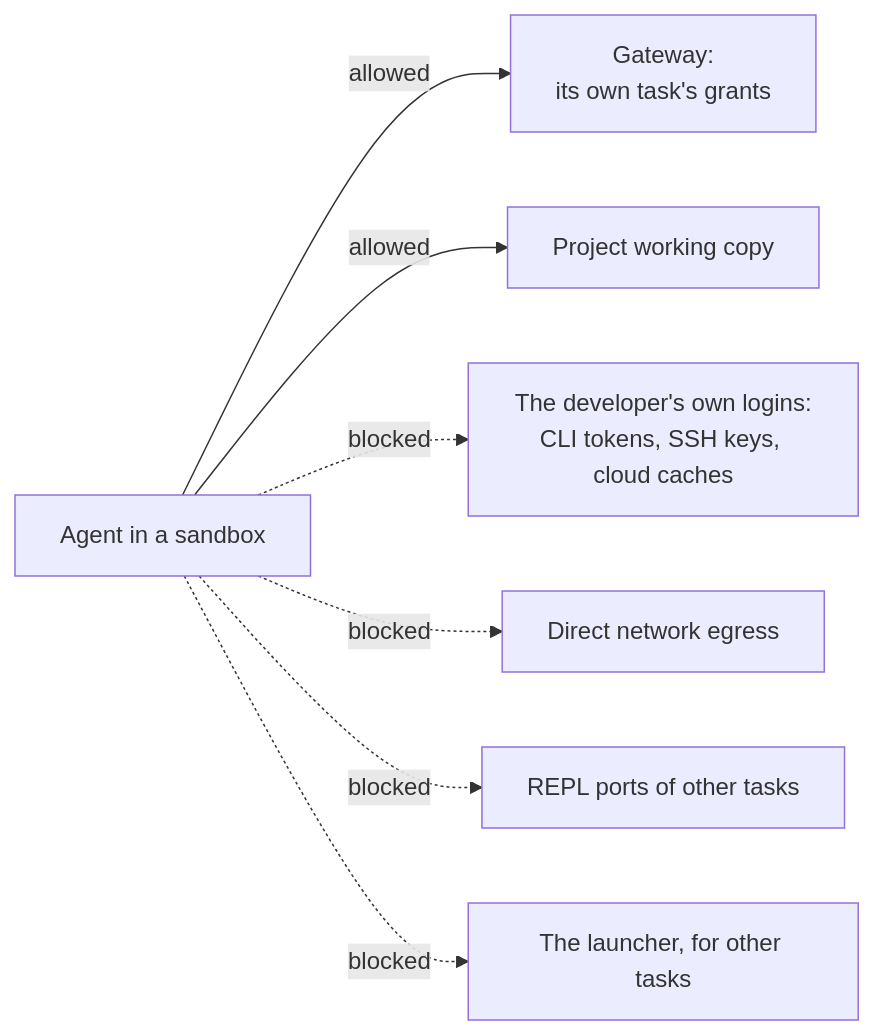
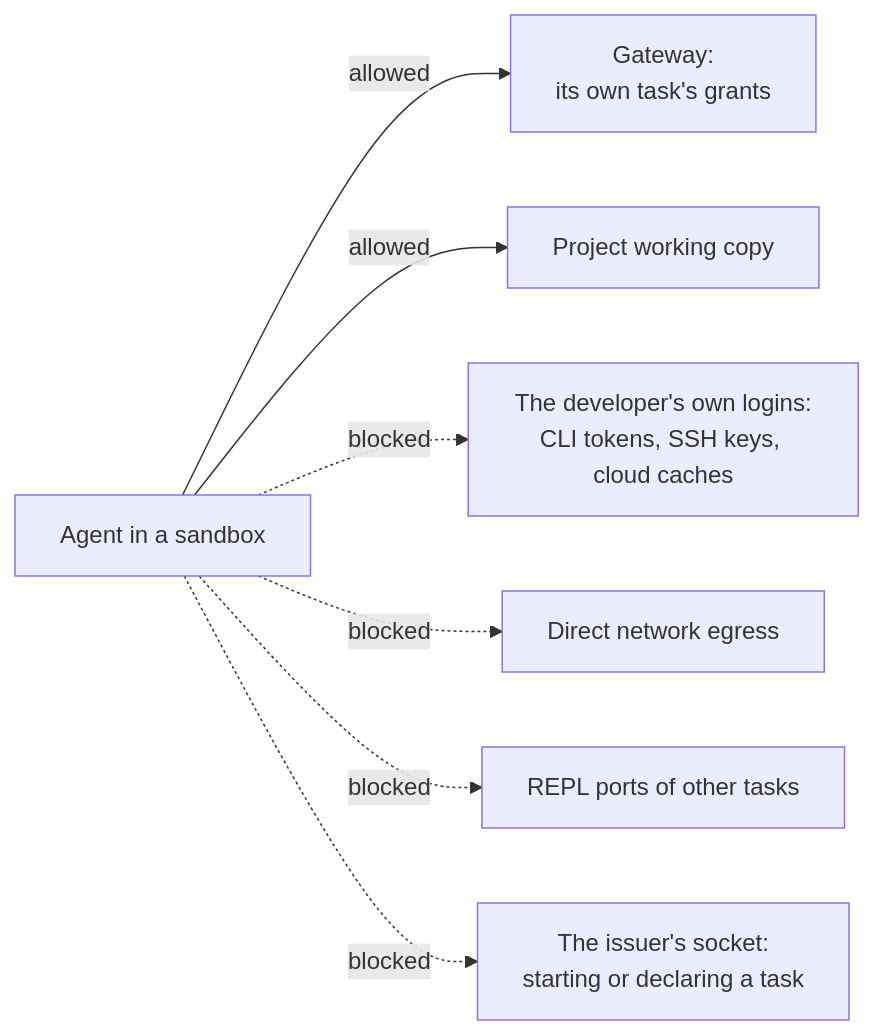
One commit to kirahowe/grants changed the third of 5 diagrams in doc/threat-model.md. Above: the diagram before and after it, drawn with Mermaid. The commit also changed other lines of this file and 1 other file, not shown here.

First line of the commit message:
Let unsandboxed processes declare their own task

````diff
--- a/doc/threat-model.md
+++ b/doc/threat-model.md
@@ -121,10 +122,10 @@
 ```mermaid
 flowchart LR
     AG["Agent in a sandbox"]
     AG -->|allowed| GW["Gateway:<br/>its own task's grants"]
     AG -->|allowed| WS["Project working copy"]
     AG -. blocked .-> HOME["The developer's own logins:<br/>CLI tokens, SSH keys, cloud caches"]
     AG -. blocked .-> NET["Direct network egress"]
     AG -. blocked .-> REPL["REPL ports of other tasks"]
-    AG -. blocked .-> RUN["The launcher, for other tasks"]
+    AG -. blocked .-> RUN["The issuer's socket:<br/>starting or declaring a task"]
 ```
````
